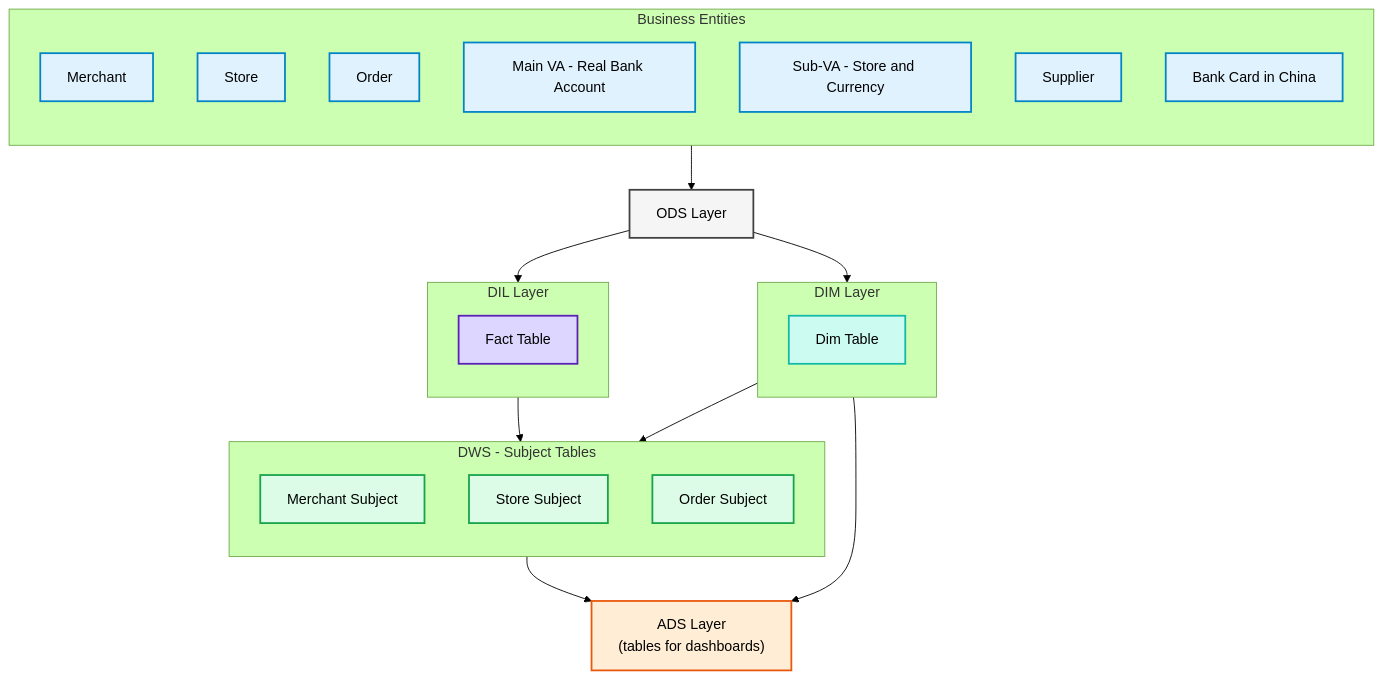
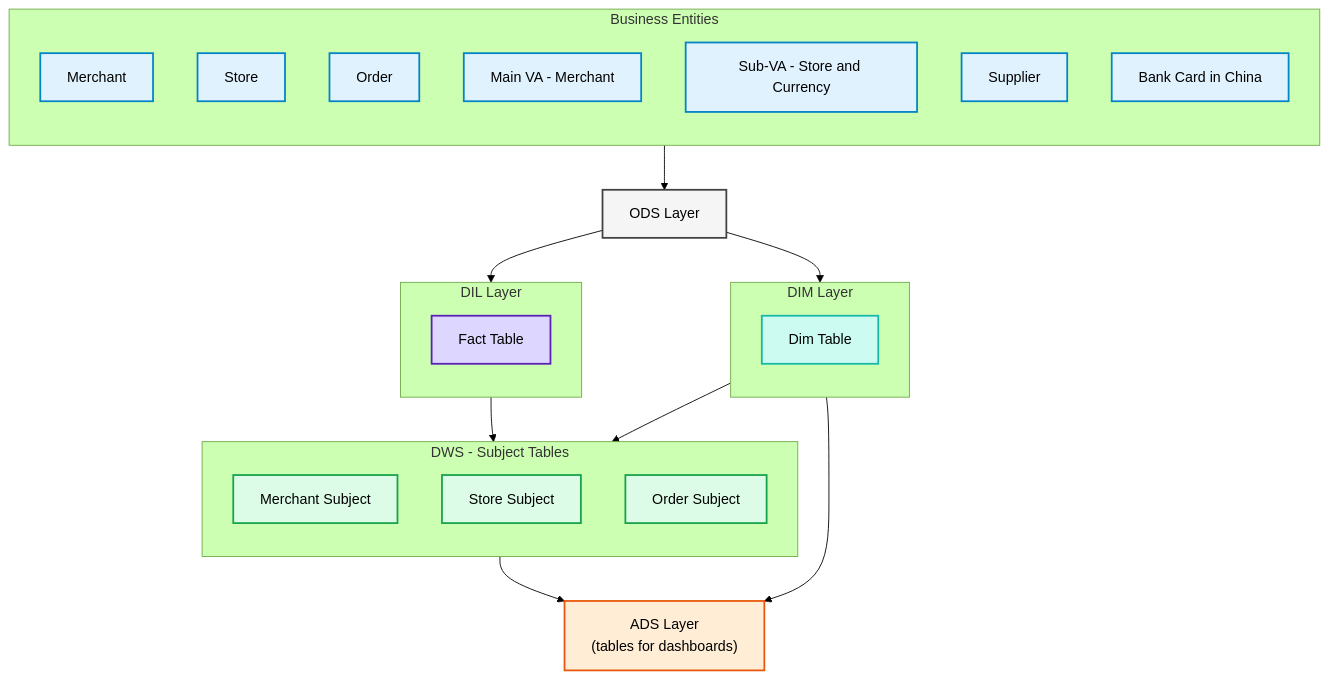
The third of 3 diagrams in DW-Built-Amazon.md (blaire101/data-warehouse-solutions), drawn with Mermaid (forest theme) before and after one commit.

````diff
--- a/DW-Built-Amazon.md
+++ b/DW-Built-Amazon.md
@@ -109,58 +109,58 @@
 ```mermaid
 flowchart TB
   %% ============ Business Entities ============
   subgraph BIZ["Business Entities"]
     direction TB
     M[Merchant]:::biz
     S[Store]:::biz
     O[Order]:::biz
-    VAM[Main VA - Real Bank Account]:::biz
+    VAM[Main VA - Merchant]:::biz
     VAS[Sub-VA - Store and Currency]:::biz
     SUP[Supplier]:::biz
     CNBK[Bank Card in China]:::biz
   end
 
   %% ============ ODS ============
   ODS[ODS Layer]:::ods
 
   %% ============ DIL ============
   subgraph DIL["DIL Layer"]
     direction TB
     FACT[Fact Table]:::fact
   end
 
   %% ============ DIM ============
   subgraph DIM["DIM Layer"]
     direction TB
     DIM_T[Dim Table]:::dim
   end
 
   %% ============ DWS ============
   subgraph DWS["DWS - Subject Tables"]
     direction TB
     DWS_M[Merchant Subject]:::dws
     DWS_S[Store Subject]:::dws
     DWS_O[Order Subject]:::dws
   end
 
   %% ============ ADS ============
   ADS["ADS Layer<br>(tables for dashboards)"]:::ads
 
   %% ============ Mappings ============
   BIZ-->ODS
   ODS-->DIL
   ODS-->DIM
   DIL-->DWS
   DIM-->DWS
   DWS-->ADS
   DIM-->ADS
 
   %% ============ Styles ============
   classDef biz fill:#e0f2fe,stroke:#0284c7,stroke-width:2px,color:#075985;   %% light blue
   classDef ods fill:#f5f5f5,stroke:#424242,stroke-width:2px,color:#212121;   %% gray
   classDef dil fill:#ede9fe,stroke:#7c3aed,stroke-width:2px,color:#4c1d95;   %% purple
   classDef fact fill:#ddd6fe,stroke:#5b21b6,stroke-width:2px,color:#3730a3; %% darker purple
   classDef dim fill:#ccfbf1,stroke:#14b8a6,stroke-width:2px,color:#0f766e;  %% purple
   classDef dws fill:#dcfce7,stroke:#16a34a,stroke-width:2px,color:#166534;  %% green
   classDef ads fill:#ffedd5,stroke:#ea580c,stroke-width:2px,color:#7c2d12;  %% orange
 ```
````
